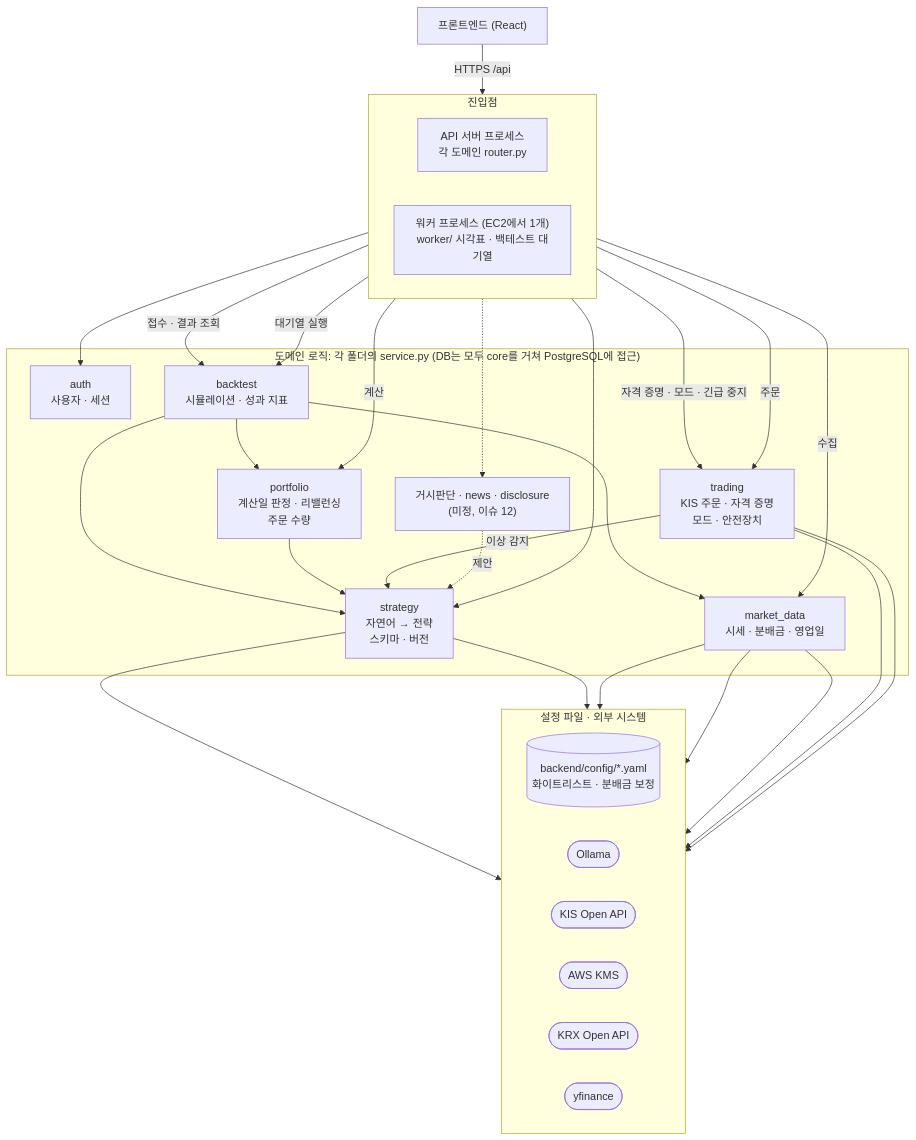
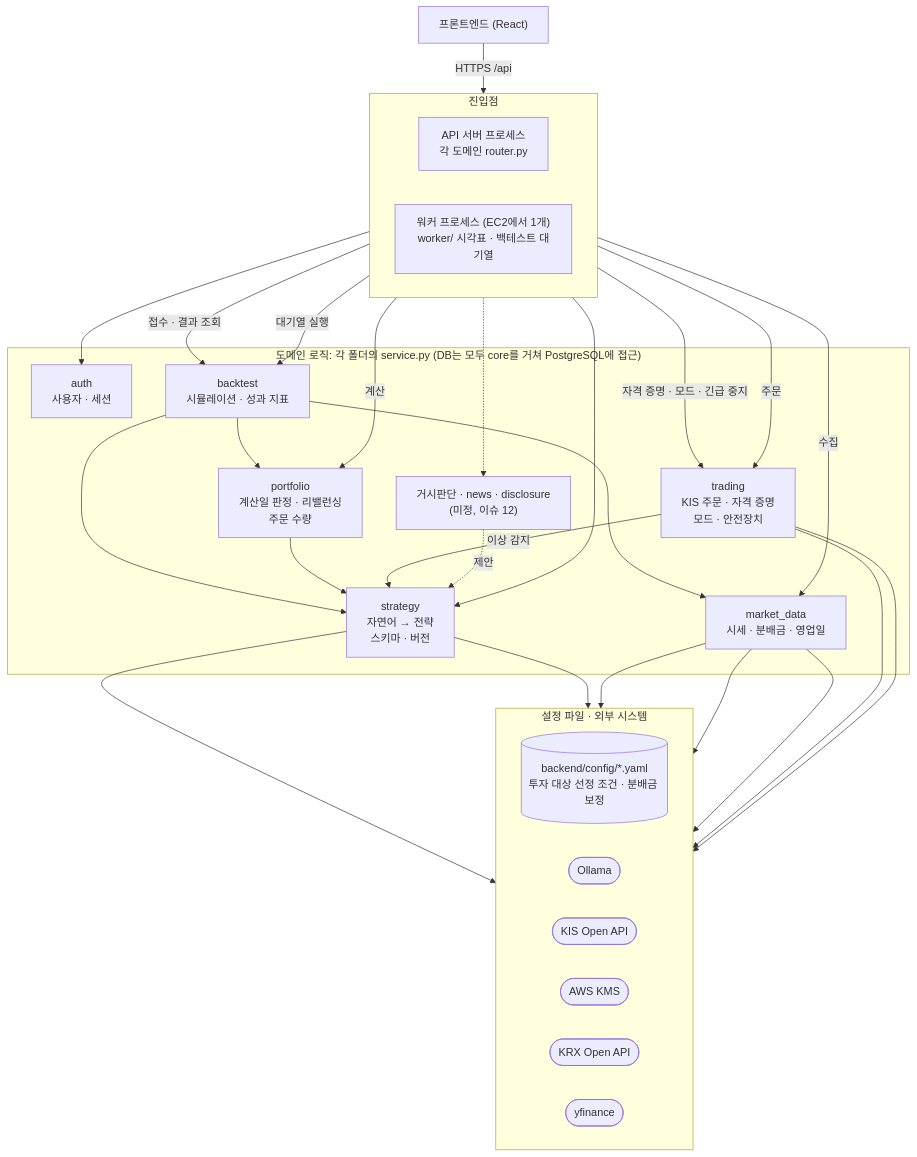
The first of 3 diagrams in docs/architecture.md (tukorea-capston-project/etf-rebalancing), drawn with Mermaid before and after one commit. The commit also changed other lines of this file and 12 other files, not shown here.

````diff
--- a/docs/architecture.md
+++ b/docs/architecture.md
@@ -91,56 +91,56 @@
 ```mermaid
 flowchart TB
     FE["프론트엔드 (React)"] -->|"HTTPS /api"| routers
 
     subgraph ENTRY["진입점"]
         direction LR
         routers["API 서버 프로세스<br/>각 도메인 router.py"]
         worker["워커 프로세스 (EC2에서 1개)<br/>worker/ 시각표 · 백테스트 대기열"]
     end
 
     subgraph DOM["도메인 로직: 각 폴더의 service.py (DB는 모두 core를 거쳐 PostgreSQL에 접근)"]
         auth["auth<br/>사용자 · 세션"]
         backtest["backtest<br/>시뮬레이션 · 성과 지표"]
         trading["trading<br/>KIS 주문 · 자격 증명<br/>모드 · 안전장치"]
         market["market_data<br/>시세 · 분배금 · 영업일"]
         macro["거시판단 · news · disclosure<br/>(미정, 이슈 12)"]
         portfolio["portfolio<br/>계산일 판정 · 리밸런싱<br/>주문 수량"]
         strategy["strategy<br/>자연어 → 전략<br/>스키마 · 버전"]
     end
 
     subgraph EXT["설정 파일 · 외부 시스템"]
         direction LR
-        cfg[("backend/config/*.yaml<br/>화이트리스트 · 분배금 보정")]
+        cfg[("backend/config/*.yaml<br/>투자 대상 선정 조건 · 분배금 보정")]
         ollama(["Ollama"])
         kis(["KIS Open API"])
         kms(["AWS KMS"])
         krx(["KRX Open API"])
         yf(["yfinance"])
     end
 
     routers --> auth
     routers --> strategy
     routers -->|"접수 · 결과 조회"| backtest
     routers -->|"자격 증명 · 모드 · 긴급 중지"| trading
 
     worker -->|"수집"| market
     worker -->|"계산"| portfolio
     worker -->|"주문"| trading
     worker -->|"대기열 실행"| backtest
     worker -.-> macro
 
     backtest --> portfolio
     backtest --> market
     backtest --> strategy
     portfolio --> strategy
     trading -->|"이상 감지"| strategy
     macro -.->|"제안"| strategy
 
     strategy --> ollama
     strategy --> cfg
     market --> cfg
     market --> krx
     market --> yf
     trading --> kis
     trading --> kms
 ```
````
